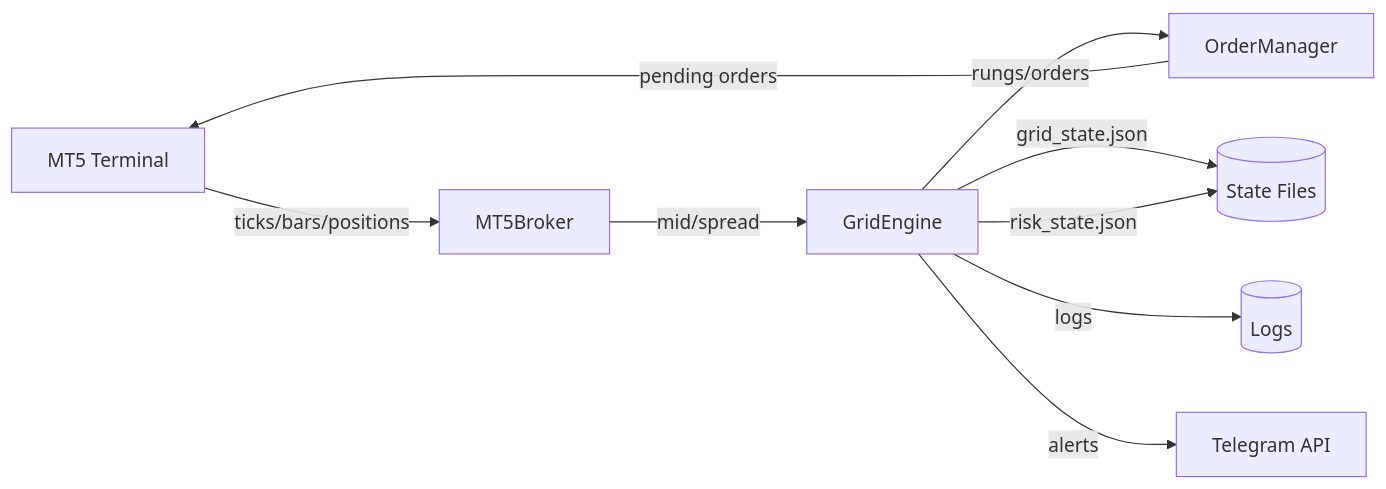
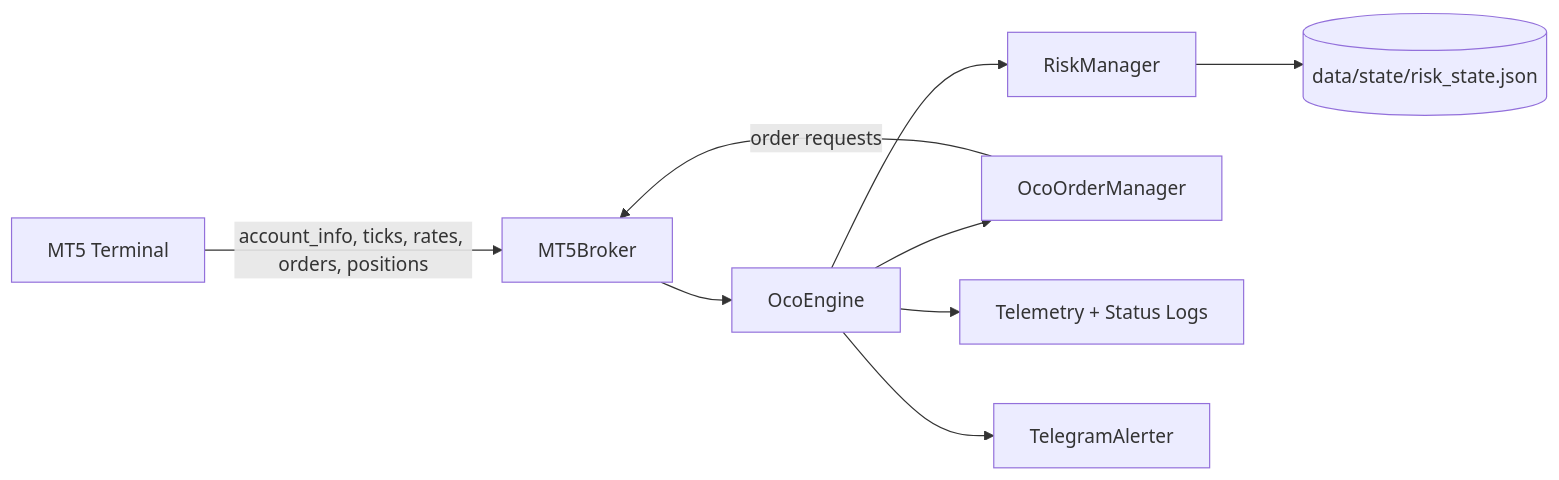
Before and after one commit to pydev2018/daytrader: the first of 3 diagrams in docs/data-flow.md, drawn with Mermaid. The commit also changed other lines of this file and 68 other files, not shown here.

Commit message:
feat: finalize OCO engine hardening and config tuning

````diff
--- a/docs/data-flow.md
+++ b/docs/data-flow.md
@@ -23,12 +5,11 @@
 ```mermaid
 flowchart LR
-  mt5[MT5 Terminal] -->|ticks/bars/positions| broker[MT5Broker]
-  broker -->|mid/spread| engine[GridEngine]
-  engine -->|rungs/orders| ordermgr[OrderManager]
-  ordermgr -->|pending orders| mt5
-
-  engine -->|grid_state.json| state[(State Files)]
-  engine -->|risk_state.json| state
-  engine -->|logs| logs[(Logs)]
-  engine -->|alerts| telegram[Telegram API]
+    A[MT5 Terminal] -->|account_info, ticks, rates, orders, positions| B[MT5Broker]
+    B --> C[OcoEngine]
+    C --> D[RiskManager]
+    C --> E[OcoOrderManager]
+    E -->|order requests| B
+    C --> F[Telemetry + Status Logs]
+    D --> G[(data/state/risk_state.json)]
+    C --> H[TelegramAlerter]
 ```
````
